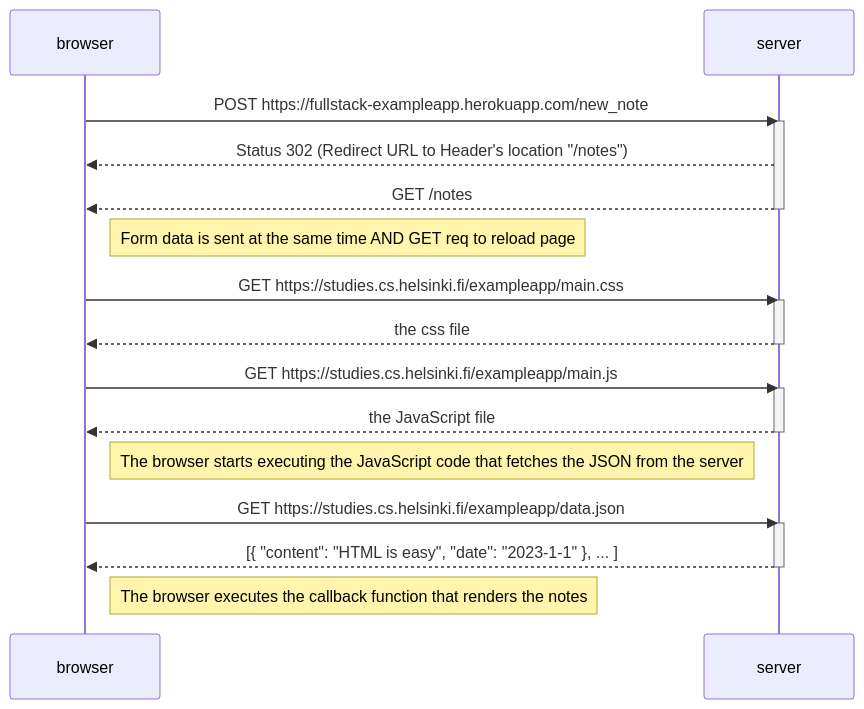
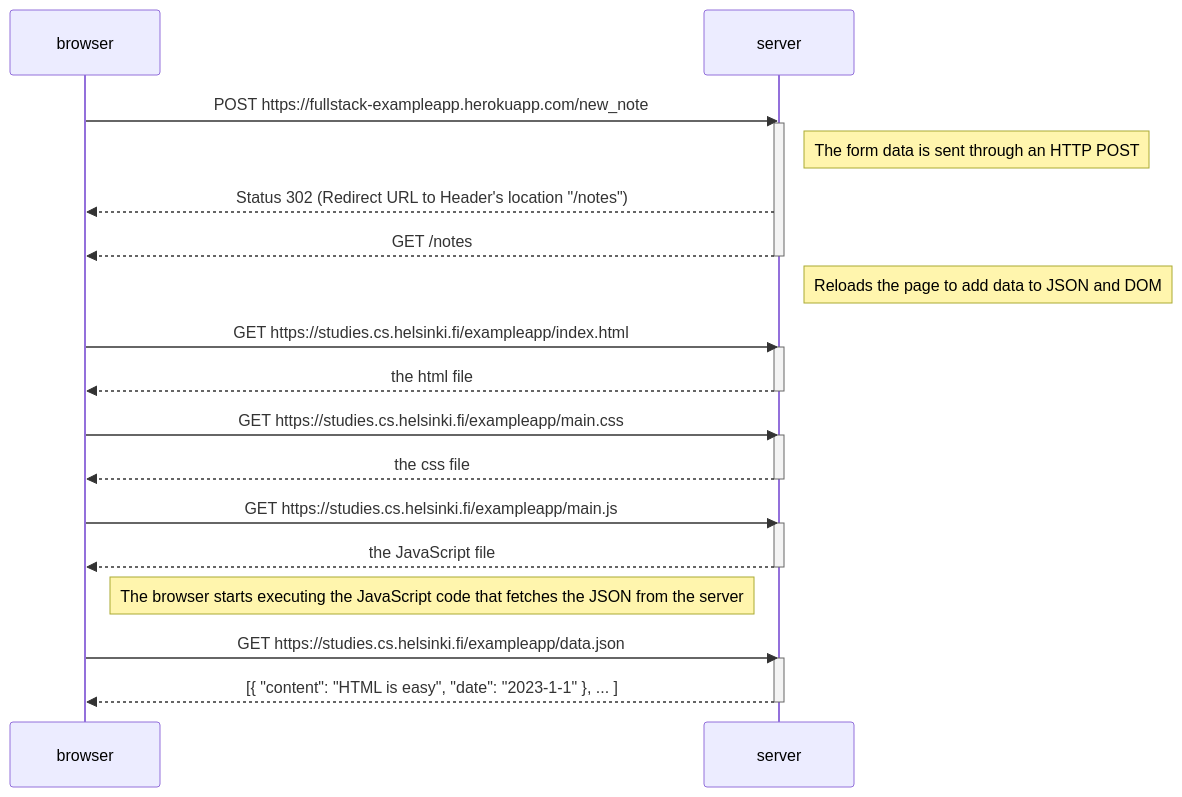
One commit to tokisuno/fullstackopen changed the diagram in part0/04-notes_diagram.md. Above: the diagram before and after it, drawn with Mermaid.

````diff
--- a/part0/04-notes_diagram.md
+++ b/part0/04-notes_diagram.md
@@ -2,33 +2,39 @@
 ```mermaid
 sequenceDiagram
     participant browser
     participant server
 
     browser->>server: POST https://fullstack-exampleapp.herokuapp.com/new_note
     activate server
+
+    Note right of server: The form data is sent through an HTTP POST
+
     server-->>browser: Status 302 (Redirect URL to Header's location "/notes")
     server-->>browser: GET /notes
     deactivate server
 
-    Note right of browser: Form data is sent at the same time AND GET req to reload page
+    Note right of server: Reloads the page to add data to JSON and DOM
+
+    browser->>server: GET https://studies.cs.helsinki.fi/exampleapp/index.html
+    activate server
+    server-->>browser: the html file
+    deactivate server
 
     browser->>server: GET https://studies.cs.helsinki.fi/exampleapp/main.css
     activate server
     server-->>browser: the css file
     deactivate server
 
     browser->>server: GET https://studies.cs.helsinki.fi/exampleapp/main.js
     activate server
     server-->>browser: the JavaScript file
     deactivate server
 
     Note right of browser: The browser starts executing the JavaScript code that fetches the JSON from the server
 
     browser->>server: GET https://studies.cs.helsinki.fi/exampleapp/data.json
     activate server
     server-->>browser: [{ "content": "HTML is easy", "date": "2023-1-1" }, ... ]
     deactivate server
 
-    Note right of browser: The browser executes the callback function that renders the notes
-
 ```
````
